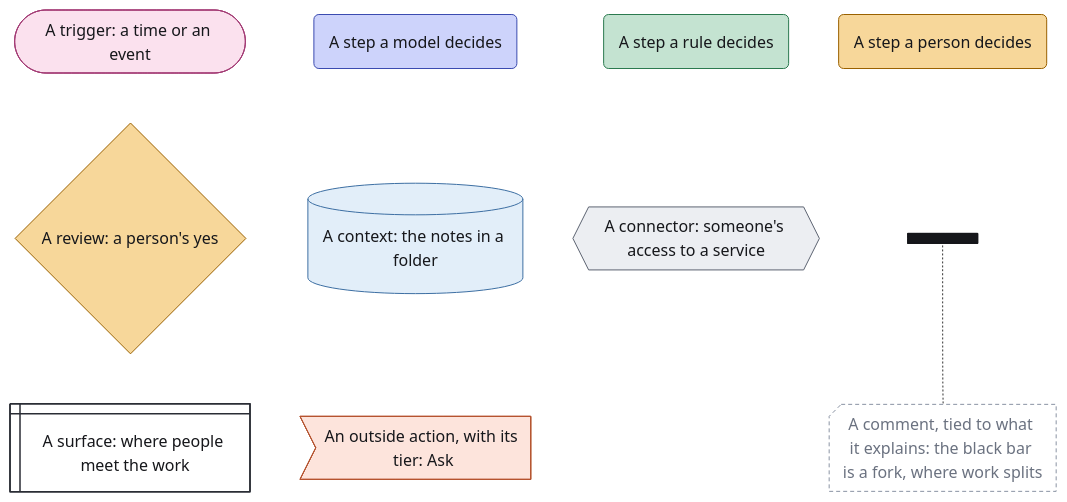
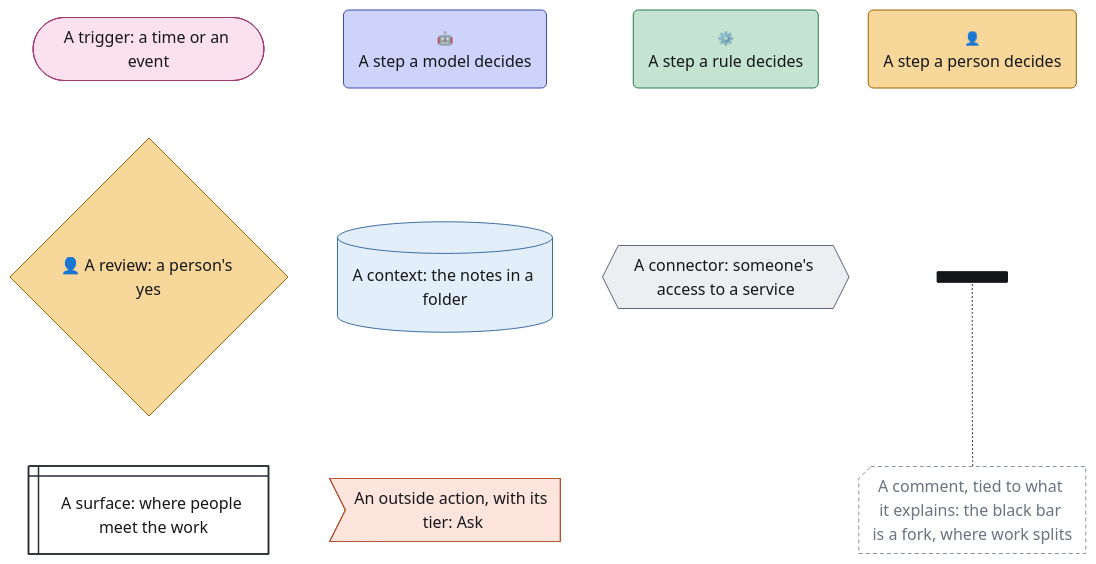
One commit to chrismdp/awml changed the diagram in examples/legend.mmd. Above: the diagram before and after it, drawn with Mermaid. The commit also changed 21 other files, not shown here.

First line of the commit message:
Show who decides each step as an emoji as well as its colour

```diff
--- a/examples/legend.mmd
+++ b/examples/legend.mmd
@@ -1,49 +1,49 @@
 ---
 config:
   theme: default
   flowchart:
     useMaxWidth: false
     subGraphTitleMargin:
       top: 6
       bottom: 30
 ---
 flowchart TB
   trigger(["A trigger: a time or an event"])
-  ai("A step a model decides")
-  rule("A step a rule decides")
-  human("A step a person decides")
-  review{"A review: a person's yes"}
+  ai("<small style='color:#3d434f'>🤖</small><br>A step a model decides")
+  rule("<small style='color:#3d434f'>⚙️</small><br>A step a rule decides")
+  human("<small style='color:#3d434f'>👤</small><br>A step a person decides")
+  review{"👤 A review: a person's yes"}
   context[("A context: the notes in a folder")]
   connector{{"A connector: someone's access to a service"}}
   fork@{ shape: fork, label: "" }
   surface@{ shape: win-pane, label: "A surface: where people meet the work" }
   outside>"An outside action, with its tier: Ask"]
   comment@{ shape: notch-rect, label: "A comment, tied to what it explains: the black bar is a fork, where work splits" }
 
   trigger ~~~ review
   review ~~~ surface
   ai ~~~ context
   context ~~~ outside
   rule ~~~ connector
   human ~~~ fork
   fork -.- comment
   classDef trig fill:#fbe1ee,stroke:#a33a74,color:#16171b
   classDef ctx fill:#e2eef9,stroke:#3d6fa3,color:#16171b
   classDef con fill:#eceef2,stroke:#5d6472,color:#16171b
   classDef surf fill:#ffffff,stroke:#2a2d35,stroke-width:1.5px,color:#16171b
   classDef out fill:#fde4dc,stroke:#b5532f,color:#16171b
   classDef ai fill:#cdd3fb,stroke:#3b4bb0,color:#16171b
   classDef rule fill:#c4e3d1,stroke:#2b7a4f,color:#16171b
   classDef human fill:#f7d79a,stroke:#9a6100,color:#16171b
   classDef uml fill:#16171b,stroke:#16171b,color:#16171b
   classDef gap fill:#ffffff,stroke:#8a93a3,stroke-dasharray:4 3,color:#6b7280
   class trigger trig
   class context ctx
   class connector con
   class surface surf
   class outside out
   class ai ai
   class rule rule
   class human,review human
   class fork uml
   class comment gap
```
